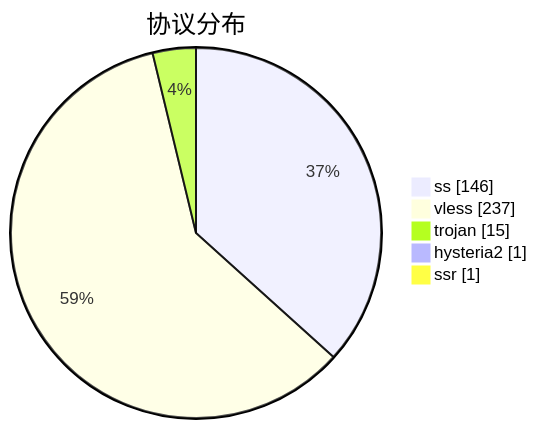
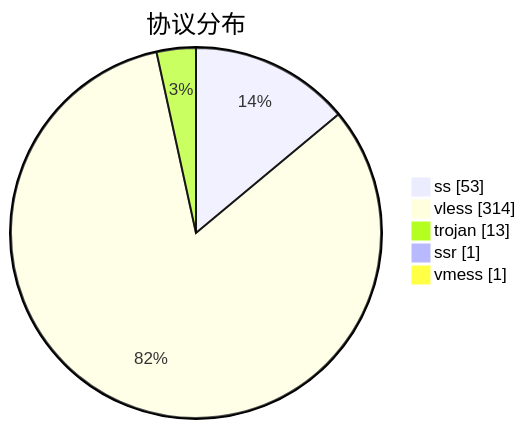
One commit to qjlxg/airport changed the third of 3 diagrams in subs/statistics/tested_within.md. Above: the diagram before and after it, drawn with Mermaid. The commit also changed other lines of this file and 2 other files, not shown here.

````diff
--- a/subs/statistics/tested_within.md
+++ b/subs/statistics/tested_within.md
@@ -35,9 +33,9 @@
 ```mermaid
 pie showData
 title 协议分布
-"ss" : 146
-"vless" : 237
-"trojan" : 15
-"hysteria2" : 1
+"ss" : 53
+"vless" : 314
+"trojan" : 13
 "ssr" : 1
+"vmess" : 1
 ```
````
